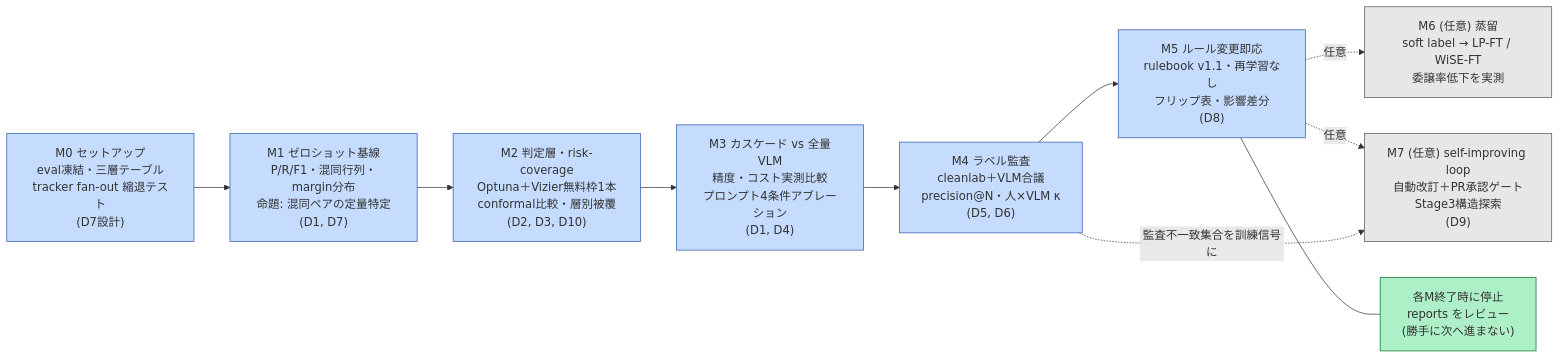
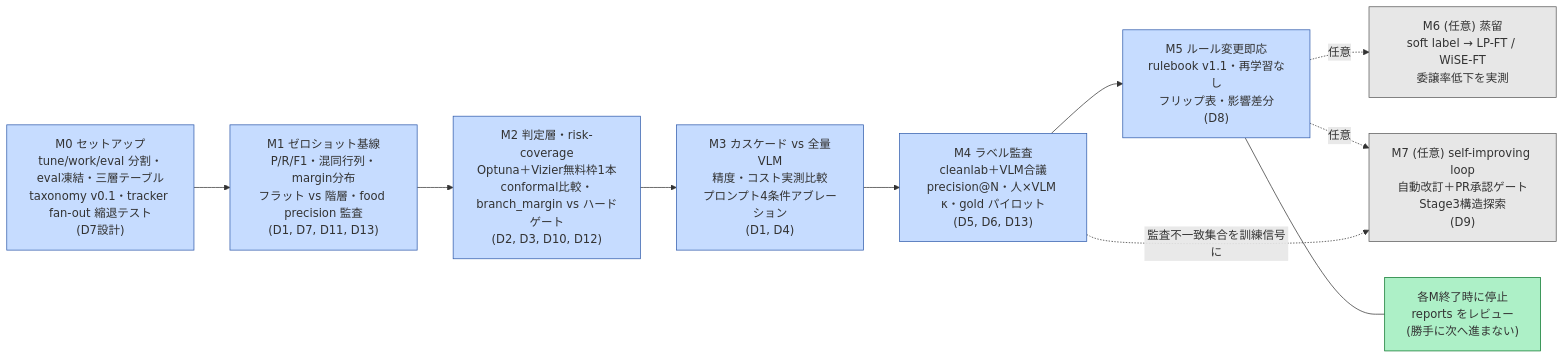
Before and after one commit to spin-glass/lab-vlm-cascade: the diagram in docs/diagrams/milestones.md, drawn with Mermaid. The commit also changed 5 other files, not shown here.

First line of the commit message:
Clarify pre-M0 status, define tune/work/eval split, sync diagrams

````diff
--- a/docs/diagrams/milestones.md
+++ b/docs/diagrams/milestones.md
@@ -5,22 +5,22 @@
 ```mermaid
 flowchart LR
     classDef core fill:#c6dcff,stroke:#305bab
     classDef optional fill:#e7e7e7,stroke:#595959
     classDef gate fill:#adf0c7,stroke:#087429
 
-    M0["M0 セットアップ<br/>eval凍結・三層テーブル<br/>tracker fan-out 縮退テスト<br/>(D7設計)"]:::core
-    M1["M1 ゼロショット基線<br/>P/R/F1・混同行列・margin分布<br/>命題: 混同ペアの定量特定<br/>(D1, D7)"]:::core
-    M2["M2 判定層・risk-coverage<br/>Optuna＋Vizier無料枠1本<br/>conformal比較・層別被覆<br/>(D2, D3, D10)"]:::core
+    M0["M0 セットアップ<br/>tune/work/eval 分割・eval凍結・三層テーブル<br/>taxonomy v0.1・tracker fan-out 縮退テスト<br/>(D7設計)"]:::core
+    M1["M1 ゼロショット基線<br/>P/R/F1・混同行列・margin分布<br/>フラット vs 階層・food precision 監査<br/>(D1, D7, D11, D13)"]:::core
+    M2["M2 判定層・risk-coverage<br/>Optuna＋Vizier無料枠1本<br/>conformal比較・branch_margin vs ハードゲート<br/>(D2, D3, D10, D12)"]:::core
     M3["M3 カスケード vs 全量VLM<br/>精度・コスト実測比較<br/>プロンプト4条件アブレーション<br/>(D1, D4)"]:::core
-    M4["M4 ラベル監査<br/>cleanlab＋VLM合議<br/>precision@N・人×VLM κ<br/>(D5, D6)"]:::core
+    M4["M4 ラベル監査<br/>cleanlab＋VLM合議<br/>precision@N・人×VLM κ・gold パイロット<br/>(D5, D6, D13)"]:::core
     M5["M5 ルール変更即応<br/>rulebook v1.1・再学習なし<br/>フリップ表・影響差分<br/>(D8)"]:::core
     M6["M6 (任意) 蒸留<br/>soft label → LP-FT / WiSE-FT<br/>委譲率低下を実測"]:::optional
     M7["M7 (任意) self-improving loop<br/>自動改訂＋PR承認ゲート<br/>Stage3構造探索<br/>(D9)"]:::optional
     STOP["各M終了時に停止<br/>reports をレビュー<br/>(勝手に次へ進まない)"]:::gate
 
     M0 --> M1 --> M2 --> M3 --> M4 --> M5
     M5 -.->|"任意"| M6
     M5 -.->|"任意"| M7
     M4 -.->|"監査不一致集合を訓練信号に"| M7
     M5 --- STOP
 ```
````
